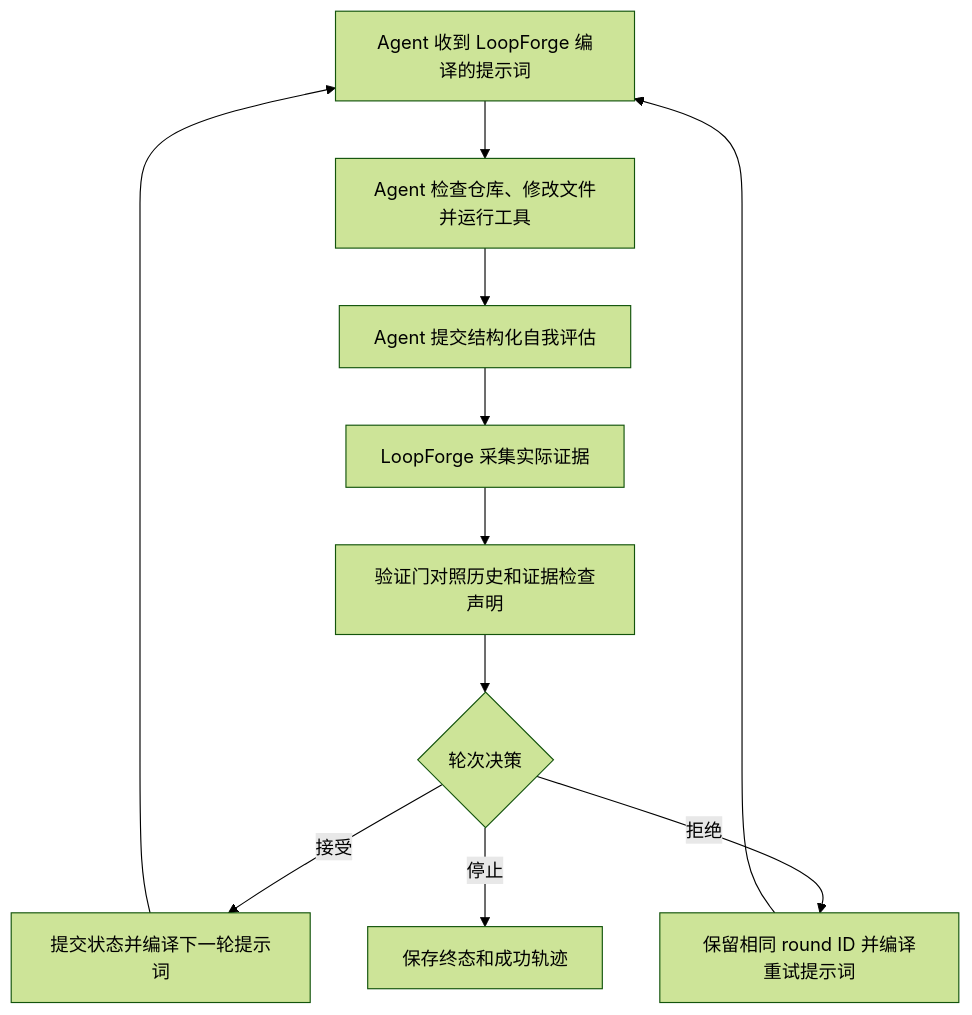
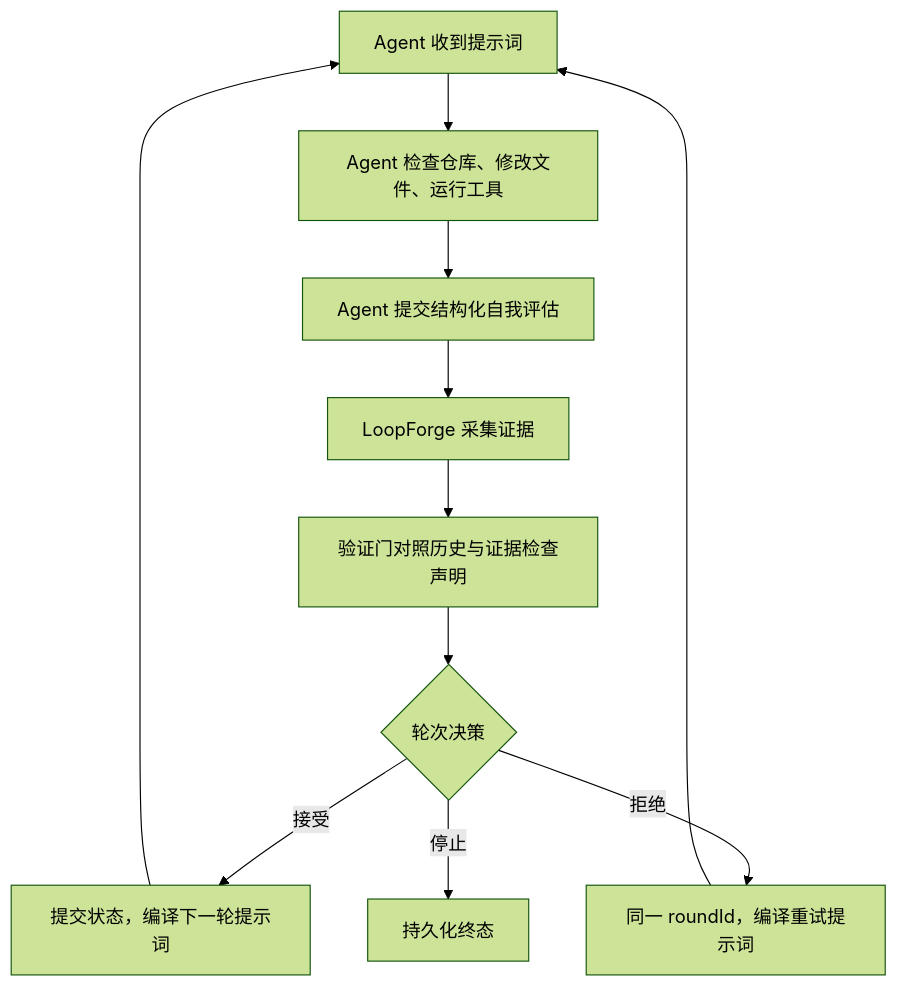
Before and after one commit to kyrielrving11/LoopForge: the diagram in README.zh-CN.md, drawn with Mermaid (forest theme). The commit also changed other lines of this file and 110 other files, not shown here.

````diff
--- a/README.zh-CN.md
+++ b/README.zh-CN.md
@@ -43,13 +67,13 @@
 ```mermaid
 flowchart TD
-    A["Agent 收到 LoopForge 编译的提示词"] --> B["Agent 检查仓库、修改文件并运行工具"]
+    A["Agent 收到提示词"] --> B["Agent 检查仓库、修改文件、运行工具"]
     B --> C["Agent 提交结构化自我评估"]
-    C --> D["LoopForge 采集实际证据"]
-    D --> E["验证门对照历史和证据检查声明"]
+    C --> D["LoopForge 采集证据"]
+    D --> E["验证门对照历史与证据检查声明"]
     E --> F{"轮次决策"}
-    F -->|接受| G["提交状态并编译下一轮提示词"]
-    F -->|拒绝| H["保留相同 round ID 并编译重试提示词"]
-    F -->|停止| I["保存终态和成功轨迹"]
+    F -->|接受| G["提交状态，编译下一轮提示词"]
+    F -->|拒绝| H["同一 roundId，编译重试提示词"]
+    F -->|停止| I["持久化终态"]
     G --> A
     H --> A
 ```
````
